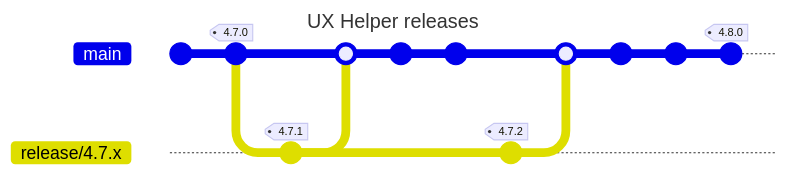
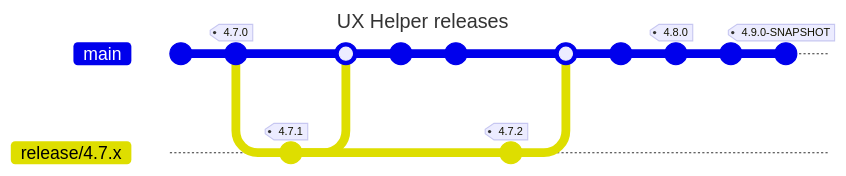
The diagram in RELEASING.md (ROKT/rokt-ux-helper-android), drawn with Mermaid before and after one commit. The commit also changed other lines of this file, not shown here. Commit ids are hidden.

Commit message:
Update RELEASING.md with snapshot

````diff
--- a/RELEASING.md
+++ b/RELEASING.md
@@ -3,22 +3,24 @@
 ```mermaid
 ---
 title: UX Helper releases
 ---
+
 gitGraph
    commit
    commit tag: "4.7.0"
    branch release/4.7.x
    checkout release/4.7.x
    commit tag: "4.7.1"
    checkout main
    merge release/4.7.x
    commit
    commit
    checkout release/4.7.x
    commit tag: "4.7.2"
    checkout main
    merge release/4.7.x
    commit
+   commit tag: "4.8.0"
    commit
-   commit tag: "4.8.0"
+   commit tag: "4.9.0-SNAPSHOT"
 ```
````
